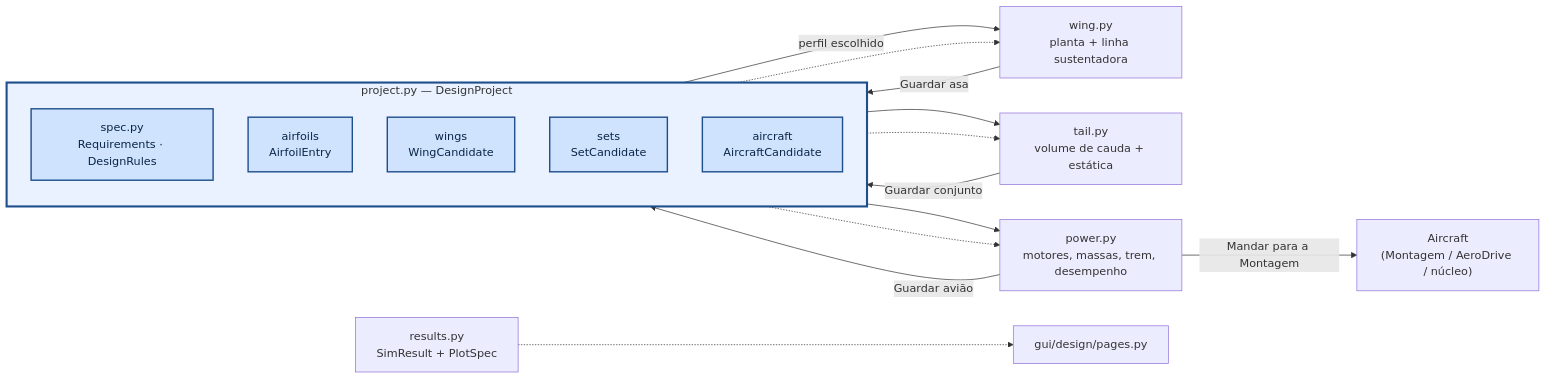
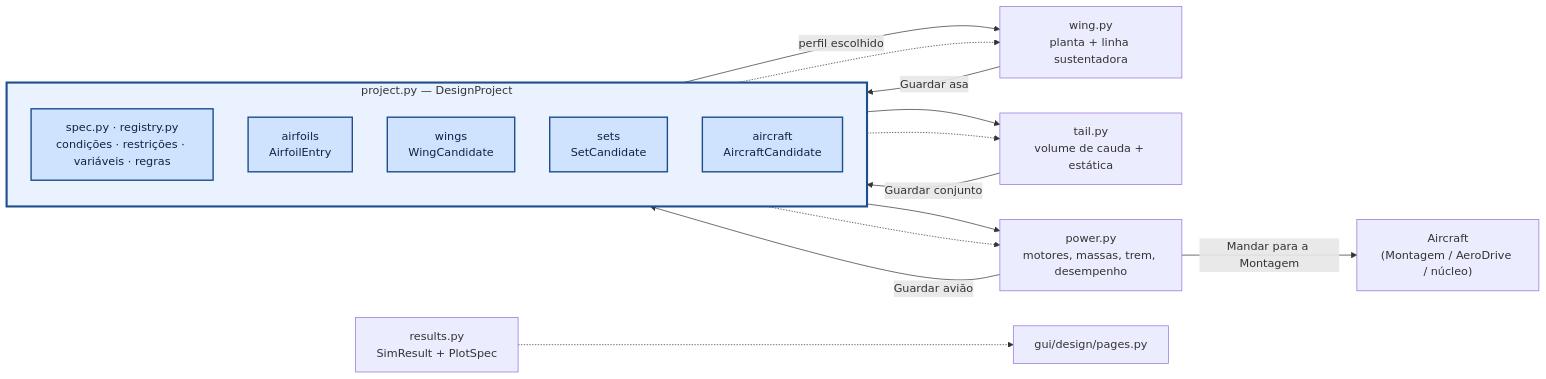
The diagram in aerosim/design/README.md (vitordallolivo/AircraftSimulation), drawn with Mermaid before and after one commit. The commit also changed other lines of this file and 12 other files, not shown here.

First line of the commit message:
etapa 2: registro de grandezas, restrições ligáveis com operador e variáveis de projeto

````diff
--- a/aerosim/design/README.md
+++ b/aerosim/design/README.md
@@ -84,23 +84,23 @@
 ```mermaid
 flowchart LR
     subgraph P["project.py — DesignProject"]
         direction TB
-        RQ["spec.py<br/>Requirements · DesignRules"]
+        RQ["spec.py · registry.py<br/>condições · restrições · variáveis · regras"]
         AF["airfoils<br/>AirfoilEntry"]
         WC["wings<br/>WingCandidate"]
         SC["sets<br/>SetCandidate"]
         AC["aircraft<br/>AircraftCandidate"]
     end
     AF -->|"perfil escolhido"| W["wing.py<br/>planta + linha sustentadora"]
     W -->|"Guardar asa"| WC
     WC --> T["tail.py<br/>volume de cauda + estática"]
     T -->|"Guardar conjunto"| SC
     SC --> PW["power.py<br/>motores, massas, trem, desempenho"]
     PW -->|"Guardar avião"| AC
     PW -->|"Mandar para a Montagem"| M["Aircraft<br/>(Montagem / AeroDrive / núcleo)"]
     RQ -.-> W & T & PW
     R["results.py<br/>SimResult + PlotSpec"] -.-> GUI["gui/design/pages.py"]
     classDef iface fill:#cfe3ff,stroke:#1f4e8c,stroke-width:2px,color:#0b2545
     class RQ,AF,WC,SC,AC iface
     style P fill:#eaf2ff,stroke:#1f4e8c,stroke-width:3px
 ```
````
